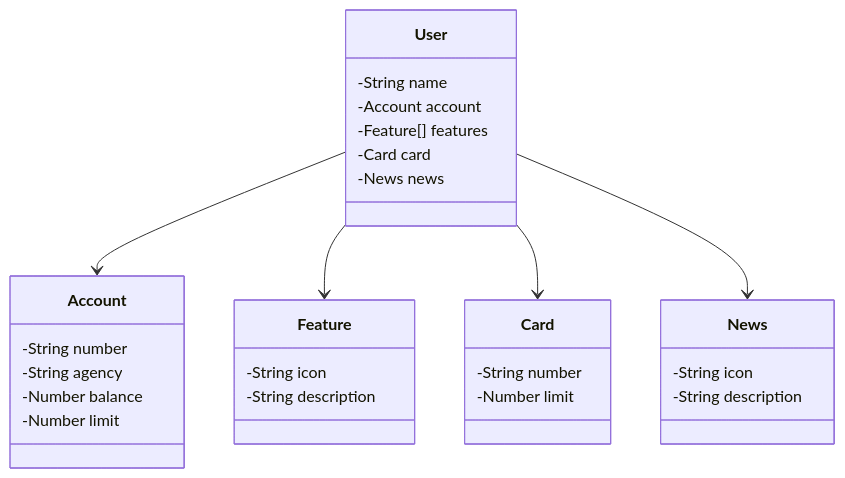
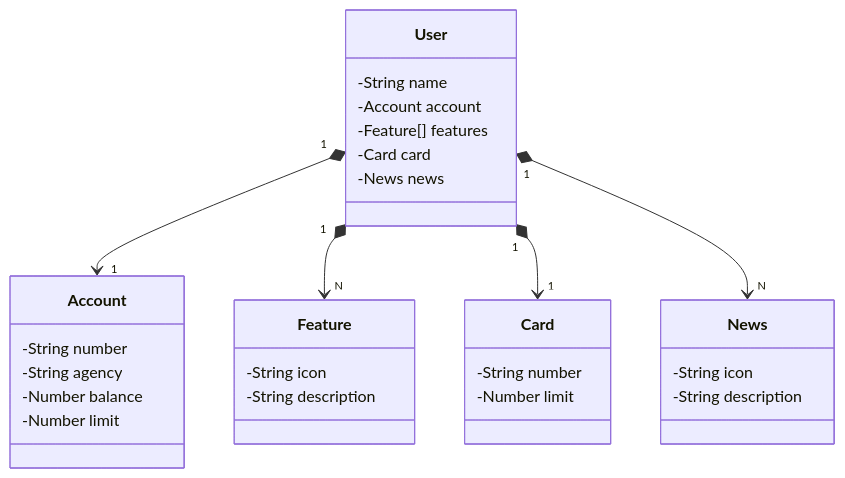
Before and after one commit to danielmrz-dev/projeto-springboot: the diagram in README.md, drawn with Mermaid. The commit also changed 7 other files, not shown here.

````diff
--- a/README.md
+++ b/README.md
@@ -7,38 +7,38 @@
 ```mermaid
 classDiagram
   class User {
     -String name
     -Account account
     -Feature[] features
     -Card card
     -News news
   }
 
   class Account {
       -String number
       -String agency
       -Number balance
       -Number limit
   }
 
   class Feature {
       -String icon
       -String description
   }
 
   class Card {
       -String number
       -Number limit
   }
 
   class News {
       -String icon
       -String description
   }
 
-  User --> Account
-  User --> Feature
-  User --> Card
-  User --> News
+  User "1" *--> "1" Account
+  User "1" *--> "N" Feature
+  User "1" *--> "1" Card
+  User "1" *--> "N" News
 
 ```
````
